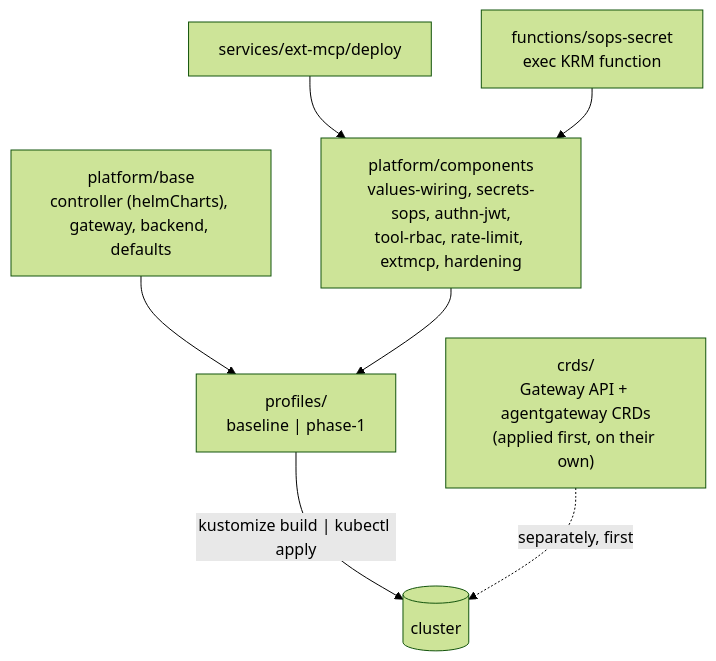
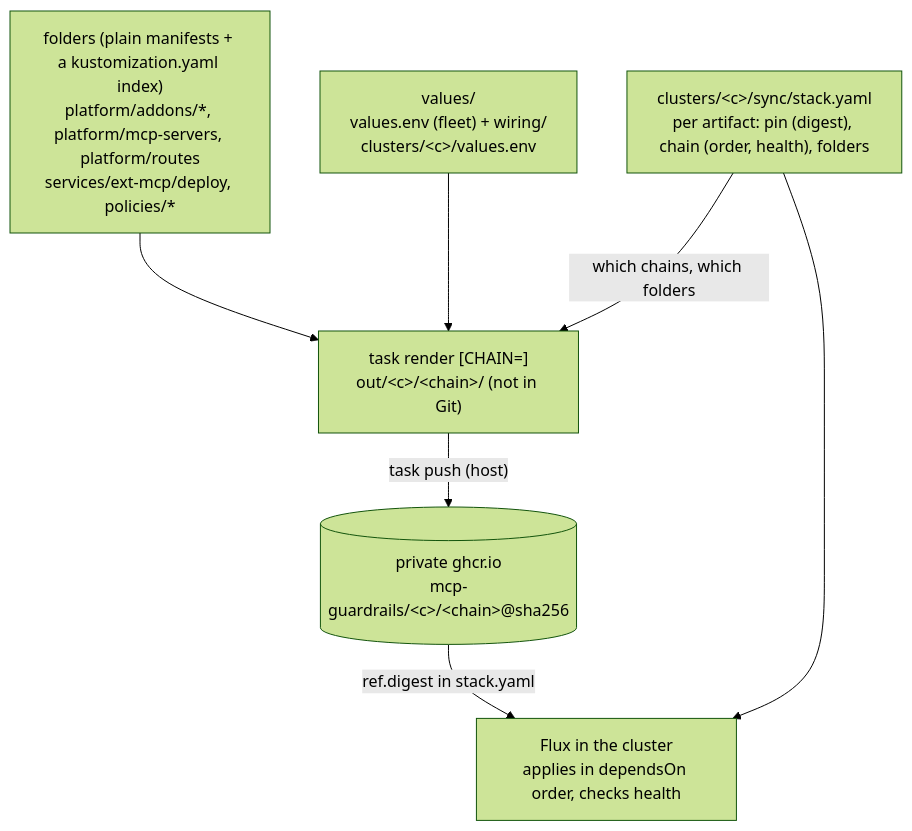
One commit to raghav19/engineersdaybook changed the third of 4 diagrams in code/mcp-sandbox/part-3-mcp-guardrails/README.md. Above: the diagram before and after it, drawn with Mermaid (forest theme). The commit also changed other lines of this file and 65 other files, not shown here.

First line of the commit message:
feat: part 3 restructured into addons, mcp-servers, routes, policies with a flux stack

````diff
--- a/code/mcp-sandbox/part-3-mcp-guardrails/README.md
+++ b/code/mcp-sandbox/part-3-mcp-guardrails/README.md
@@ -75,15 +81,14 @@
 ```mermaid
 flowchart TB
-  crds["crds/<br/>Gateway API + agentgateway CRDs<br/>(applied first, on their own)"]
-  base["platform/base<br/>controller (helmCharts), gateway, backend, defaults"]
-  comp["platform/components<br/>values-wiring, secrets-sops, authn-jwt,<br/>tool-rbac, rate-limit, extmcp, hardening"]
-  prof["profiles/<br/>baseline  |  phase-1"]
-  fn["functions/sops-secret<br/>exec KRM function"]
-  svc["services/ext-mcp/deploy"]
-  base --> prof
-  comp --> prof
-  svc --> comp
-  fn --> comp
-  prof -- "kustomize build | kubectl apply" --> cluster[(cluster)]
-  crds -. "separately, first" .-> cluster
+  fold["folders (plain manifests + a kustomization.yaml index)<br/>platform/addons/*, platform/mcp-servers, platform/routes<br/>services/ext-mcp/deploy, policies/*"]
+  vals["values/<br/>values.env (fleet) + wiring/<br/>clusters/&lt;c&gt;/values.env"]
+  stack["clusters/&lt;c&gt;/sync/stack.yaml<br/>per artifact: pin (digest), chain (order, health), folders"]
+  out["task render [CHAIN=]<br/>out/&lt;c&gt;/&lt;chain&gt;/ (not in Git)"]
+  oci[("private ghcr.io<br/>mcp-guardrails/&lt;c&gt;/&lt;chain&gt;@sha256")]
+  fold --> out
+  vals --> out
+  stack -- "which chains, which folders" --> out
+  out -- "task push (host)" --> oci
+  oci -- "ref.digest in stack.yaml" --> flux["Flux in the cluster<br/>applies in dependsOn order, checks health"]
+  stack --> flux
 ```
````
